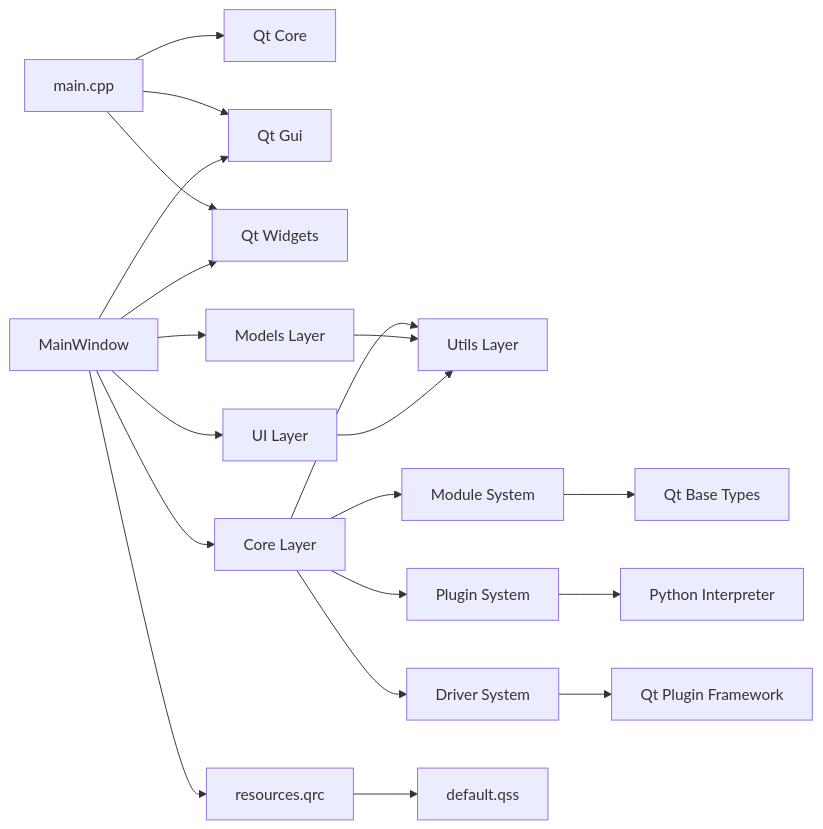
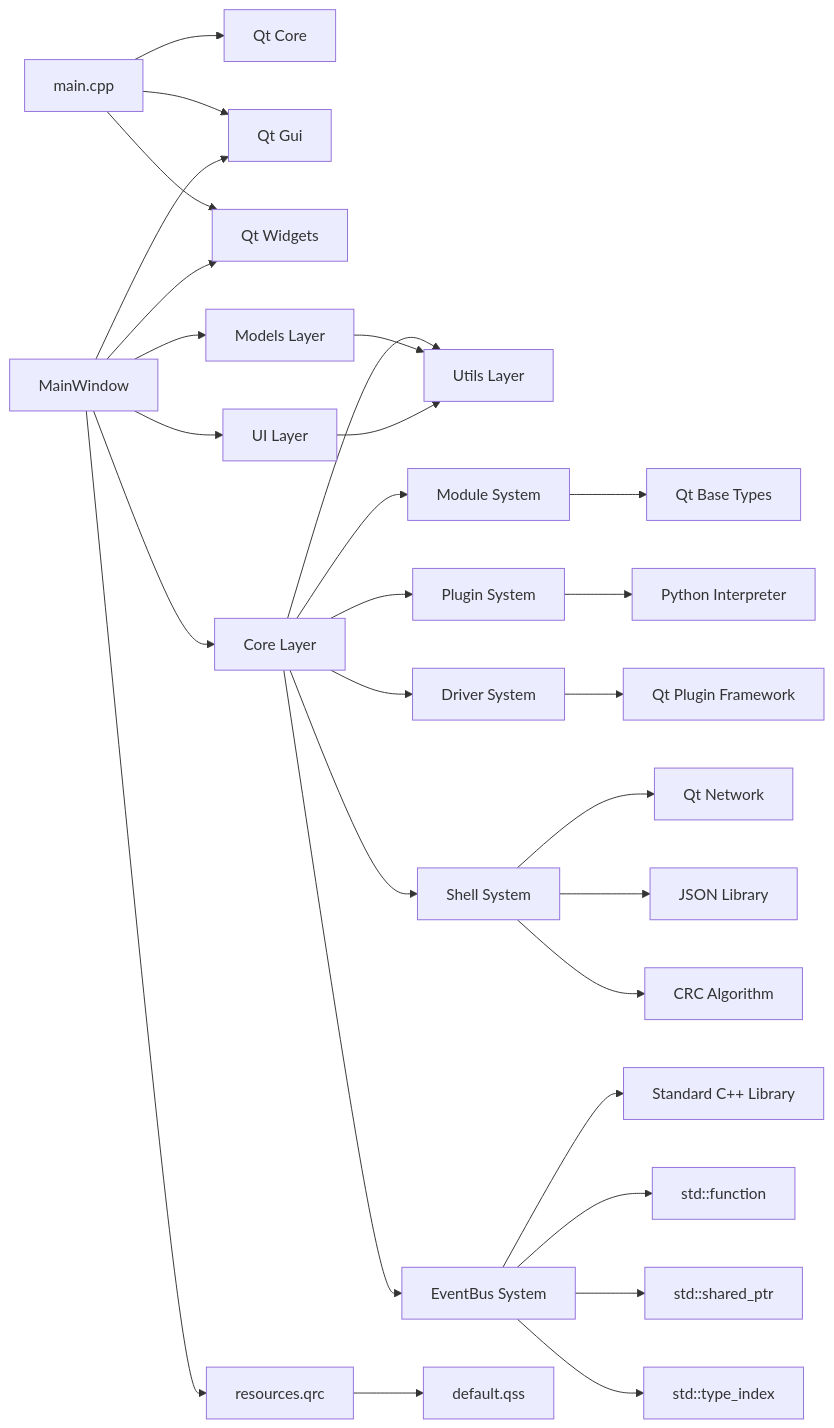
Diagram 13 of 13 in .qoder/repowiki/zh/content/架构设计/架构设计.md (jakecai1225-design/OpenBus), drawn with Mermaid before and after one commit. The commit also changed other lines of this file and 58 other files, not shown here.

````diff
--- a/.qoder/repowiki/zh/content/架构设计/架构设计.md
+++ b/.qoder/repowiki/zh/content/架构设计/架构设计.md
@@ -644,22 +803,31 @@
 ```mermaid
 graph LR
 Main["main.cpp"] --> QtCore["Qt Core"]
 Main --> QtGui["Qt Gui"]
 Main --> QtWidgets["Qt Widgets"]
 Win["MainWindow"] --> QtGui
 Win --> QtWidgets
 Win --> QRC["resources.qrc"]
 Win --> Core["Core Layer"]
 Win --> Models["Models Layer"]
 Win --> UI["UI Layer"]
 Core --> Utils["Utils Layer"]
 Core --> ModuleSystem["Module System"]
 Core --> PluginSystem["Plugin System"]
 Core --> DriverSystem["Driver System"]
+Core --> ShellSystem["Shell System"]
+Core --> EventBusSystem["EventBus System"]
 ModuleSystem --> QtBase["Qt Base Types"]
 PluginSystem --> Python["Python Interpreter"]
 DriverSystem --> QtPlugin["Qt Plugin Framework"]
+ShellSystem --> QtNetwork["Qt Network"]
+ShellSystem --> JSON["JSON Library"]
+ShellSystem --> CRC["CRC Algorithm"]
+EventBusSystem --> StdLib["Standard C++ Library"]
+EventBusSystem --> Functional["std::function"]
+EventBusSystem --> Memory["std::shared_ptr"]
+EventBusSystem --> TypeIndex["std::type_index"]
 Models --> Utils
 UI --> Utils
 QRC --> QSS["default.qss"]
 ```
````
